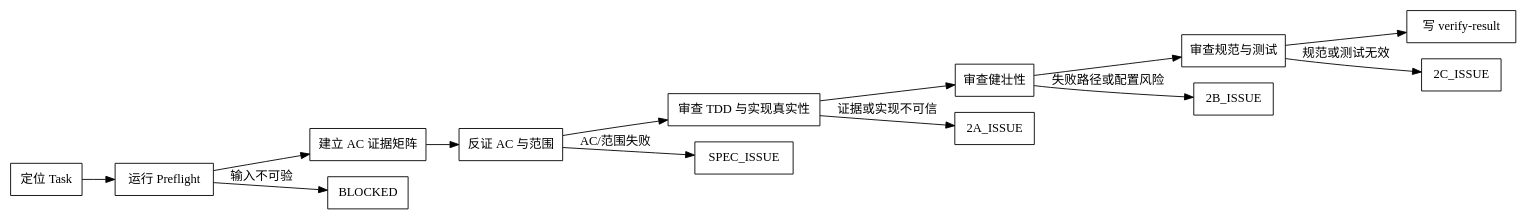
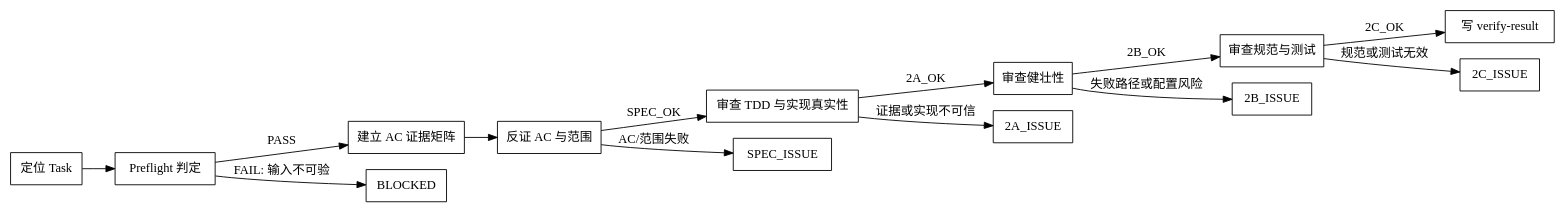
The diagram in shared/skills/verify/SKILL.md (jieli-cqwl/org-claude-skills), drawn with Graphviz before and after one commit. The commit also changed other lines of this file and 11 other files, not shown here.

````diff
--- a/shared/skills/verify/SKILL.md
+++ b/shared/skills/verify/SKILL.md
@@ -56,18 +57,18 @@
 ```dot
 digraph verify_flow {
   rankdir=LR;
   node [shape=box];
-  "定位 Task" -> "运行 Preflight";
-  "运行 Preflight" -> "建立 AC 证据矩阵";
+  "定位 Task" -> "Preflight 判定";
+  "Preflight 判定" -> "建立 AC 证据矩阵" [label="PASS"];
   "建立 AC 证据矩阵" -> "反证 AC 与范围";
-  "反证 AC 与范围" -> "审查 TDD 与实现真实性";
-  "审查 TDD 与实现真实性" -> "审查健壮性";
-  "审查健壮性" -> "审查规范与测试";
-  "审查规范与测试" -> "写 verify-result";
-  "运行 Preflight" -> "BLOCKED" [label="输入不可验"];
+  "反证 AC 与范围" -> "审查 TDD 与实现真实性" [label="SPEC_OK"];
+  "审查 TDD 与实现真实性" -> "审查健壮性" [label="2A_OK"];
+  "审查健壮性" -> "审查规范与测试" [label="2B_OK"];
+  "审查规范与测试" -> "写 verify-result" [label="2C_OK"];
+  "Preflight 判定" -> "BLOCKED" [label="FAIL: 输入不可验"];
   "反证 AC 与范围" -> "SPEC_ISSUE" [label="AC/范围失败"];
   "审查 TDD 与实现真实性" -> "2A_ISSUE" [label="证据或实现不可信"];
   "审查健壮性" -> "2B_ISSUE" [label="失败路径或配置风险"];
   "审查规范与测试" -> "2C_ISSUE" [label="规范或测试无效"];
 }
 ```
````
